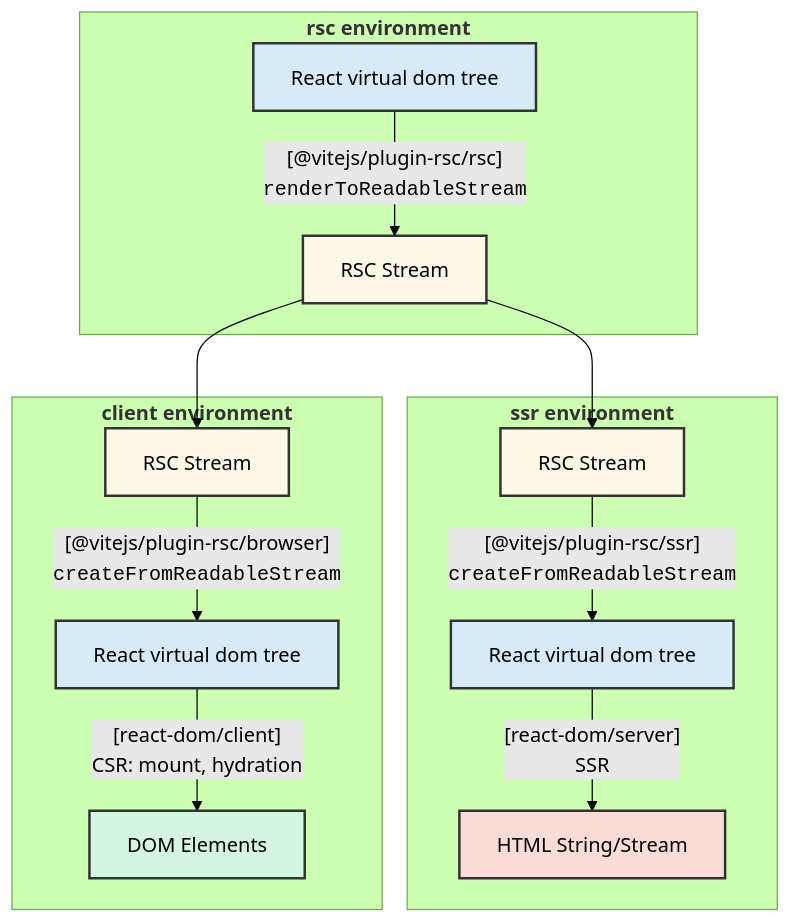
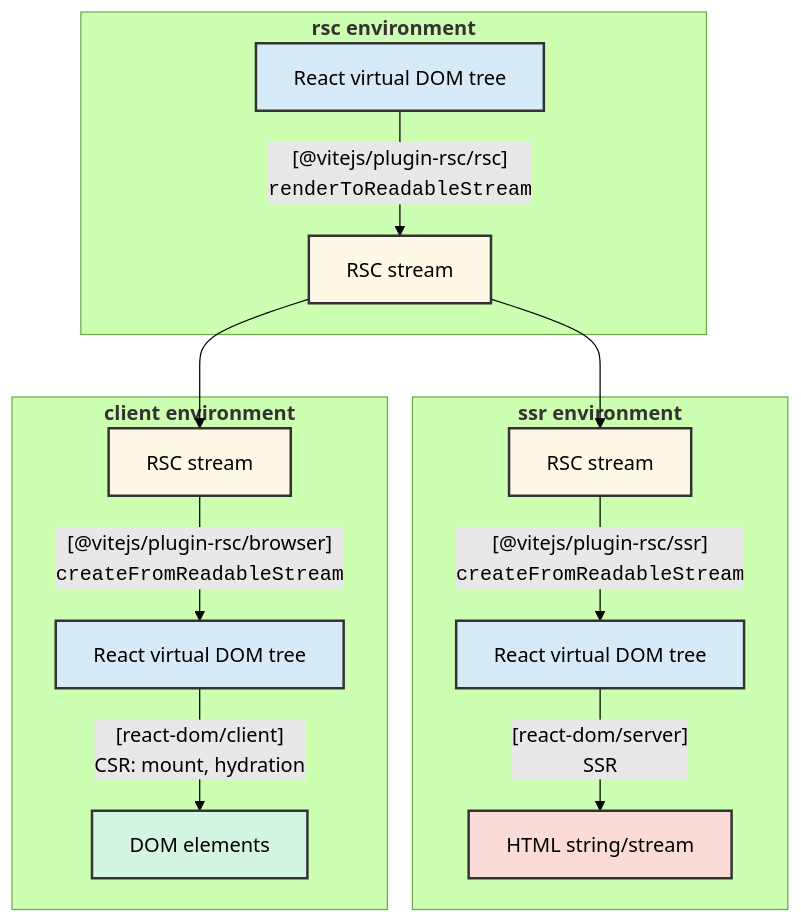
Before and after one commit to vitejs/vite-plugin-react: the diagram in packages/plugin-rsc/README.md, drawn with Mermaid (forest theme). The commit also changed other lines of this file, not shown here.

Commit message:
docs(rsc): improve README prose

````diff
--- a/packages/plugin-rsc/README.md
+++ b/packages/plugin-rsc/README.md
@@ -46,29 +45,29 @@
 ```mermaid
 graph TD
 
     subgraph "<strong>rsc environment</strong>"
-        A["React virtual dom tree"] --> |"[@vitejs/plugin-rsc/rsc]<br /><code>renderToReadableStream</code>"| B1["RSC Stream"];
+        A["React virtual DOM tree"] --> |"[@vitejs/plugin-rsc/rsc]<br /><code>renderToReadableStream</code>"| B1["RSC stream"];
     end
 
     B1 --> B2
     B1 --> B3
 
     subgraph "<strong>ssr environment</strong>"
-        B2["RSC Stream"] --> |"[@vitejs/plugin-rsc/ssr]<br /><code>createFromReadableStream</code>"| C1["React virtual dom tree"];
-        C1 --> |"[react-dom/server]<br/>SSR"| E["HTML String/Stream"];
+        B2["RSC stream"] --> |"[@vitejs/plugin-rsc/ssr]<br /><code>createFromReadableStream</code>"| C1["React virtual DOM tree"];
+        C1 --> |"[react-dom/server]<br/>SSR"| E["HTML string/stream"];
     end
 
     subgraph "<strong>client environment</strong>"
-        B3["RSC Stream"] --> |"[@vitejs/plugin-rsc/browser]<br /><code>createFromReadableStream</code>"| C2["React virtual dom tree"];
-        C2 --> |"[react-dom/client]<br/>CSR: mount, hydration"| D["DOM Elements"];
+        B3["RSC stream"] --> |"[@vitejs/plugin-rsc/browser]<br /><code>createFromReadableStream</code>"| C2["React virtual DOM tree"];
+        C2 --> |"[react-dom/client]<br/>CSR: mount, hydration"| D["DOM elements"];
     end
 
     style A fill:#D6EAF8,stroke:#333,stroke-width:2px
     style B1 fill:#FEF9E7,stroke:#333,stroke-width:2px
     style B2 fill:#FEF9E7,stroke:#333,stroke-width:2px
     style B3 fill:#FEF9E7,stroke:#333,stroke-width:2px
     style C1 fill:#D6EAF8,stroke:#333,stroke-width:2px
     style C2 fill:#D6EAF8,stroke:#333,stroke-width:2px
     style D fill:#D5F5E3,stroke:#333,stroke-width:2px
     style E fill:#FADBD8,stroke:#333,stroke-width:2px
 ```
````
